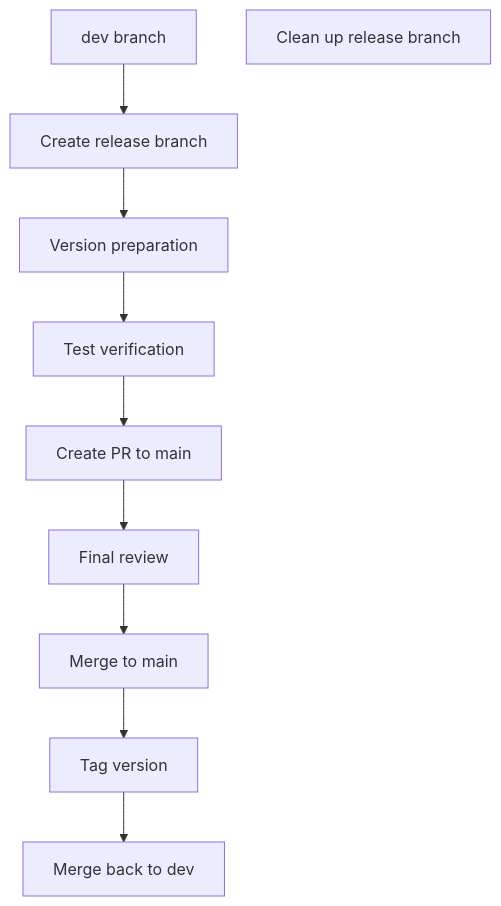
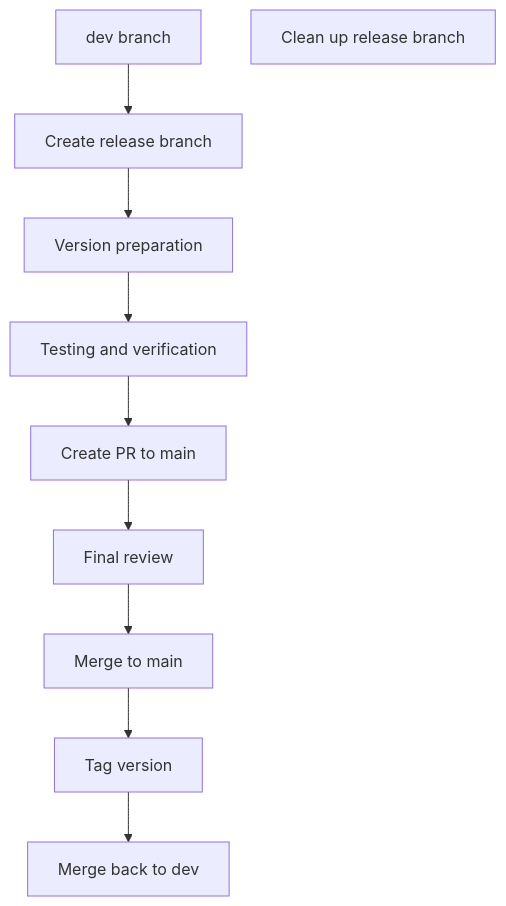
The third of 3 diagrams in docs/src/en/dev/branch-maintenance-guide.md (ChenXu233/YaoXiang), drawn with Mermaid before and after one commit. The commit also changed other lines of this file and 126 other files, not shown here.

````diff
--- a/docs/src/en/dev/branch-maintenance-guide.md
+++ b/docs/src/en/dev/branch-maintenance-guide.md
@@ -181,12 +181,12 @@
 ```mermaid
 graph TD
     A[dev branch] --> B[Create release branch]
     B --> C[Version preparation]
-    C --> D[Test verification]
+    C --> D[Testing and verification]
     D --> E[Create PR to main]
     E --> F[Final review]
     F --> G[Merge to main]
     G --> H[Tag version]
     H --> I[Merge back to dev]
     J[Clean up release branch]
 ```
````
